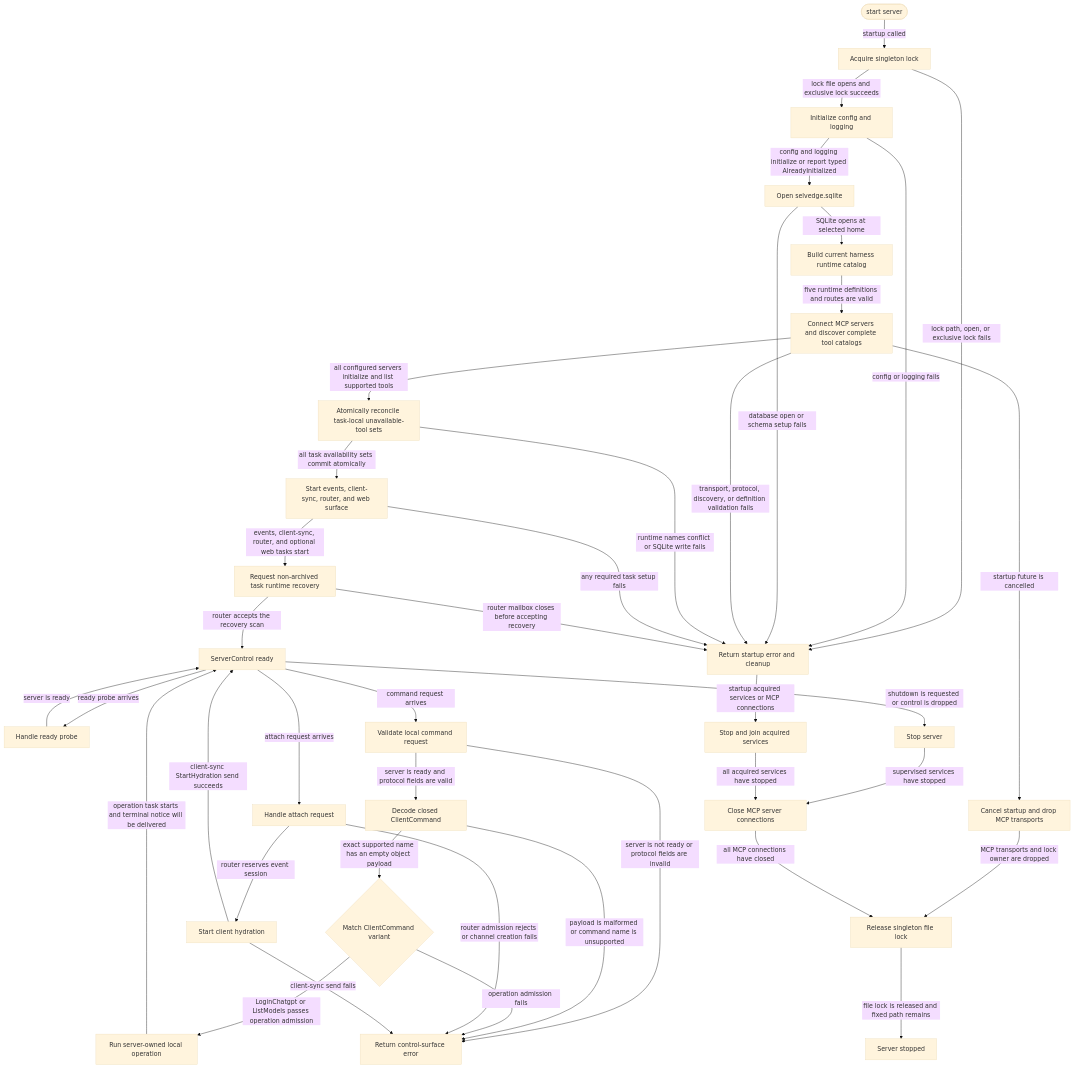
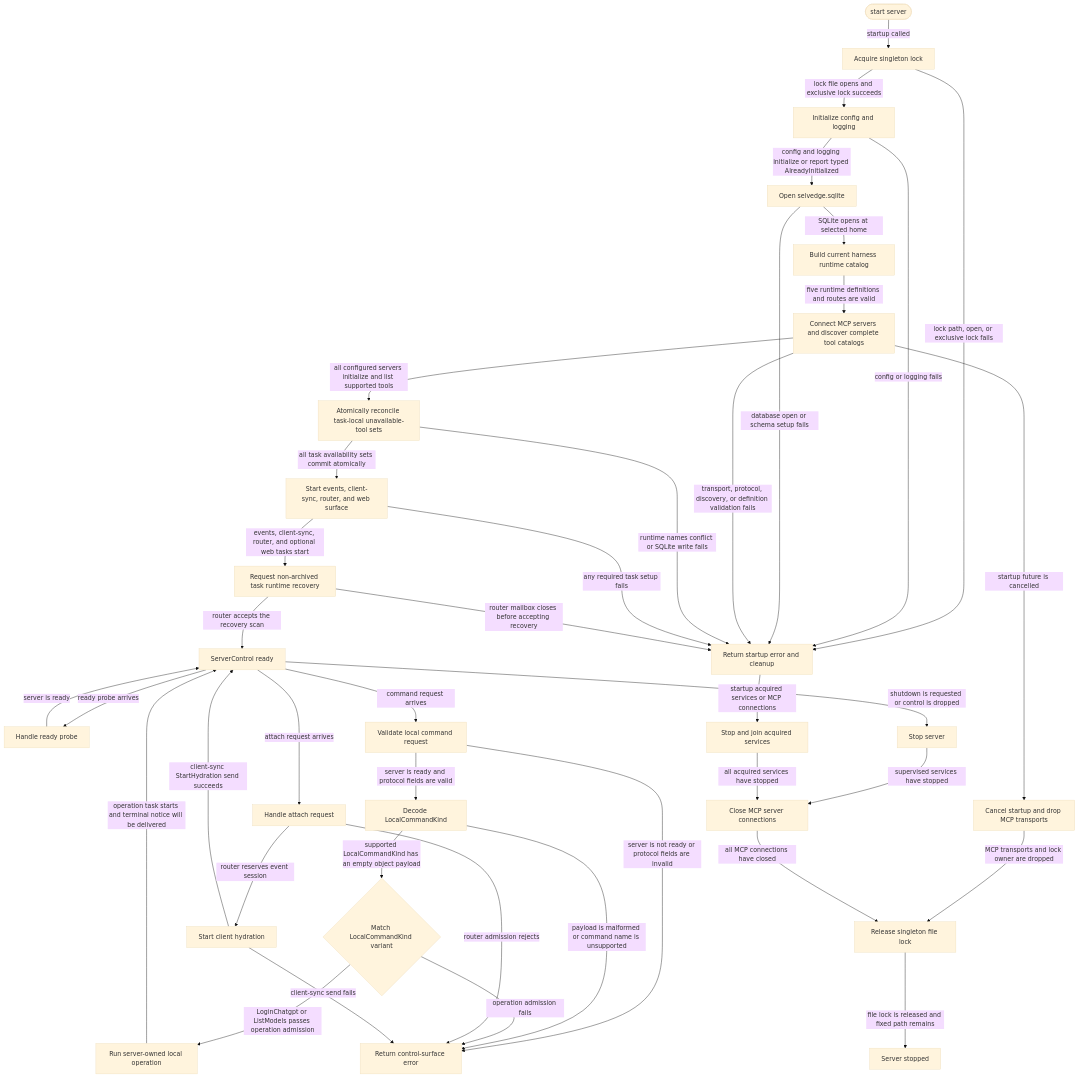
One commit to JiaJunDeng5930/Selvedge changed the diagram in crates/server/README.md. Above: the diagram before and after it, drawn with Mermaid (base theme). The commit also changed other lines of this file and 142 other files, not shown here.

````diff
--- a/crates/server/README.md
+++ b/crates/server/README.md
@@ -43,68 +43,68 @@
 ```mermaid
 flowchart TD
   Start([start server])
   Lock[Acquire singleton lock]
   InitConfig[Initialize config and logging]
   OpenDb[Open selvedge.sqlite]
   BuildHarness[Build current harness runtime catalog]
   DiscoverMcp[Connect MCP servers and discover complete tool catalogs]
   CancelStartup[Cancel startup and drop MCP transports]
   ReconcileTools[Atomically reconcile task-local unavailable-tool sets]
   SpawnServices[Start events, client-sync, router, and web surface]
   Recover[Request non-archived task runtime recovery]
   Ready[ServerControl ready]
   Probe[Handle ready probe]
   Submit[Validate local command request]
-  Decode[Decode closed ClientCommand]
-  Dispatch{Match ClientCommand variant}
+  Decode[Decode LocalCommandKind]
+  Dispatch{Match LocalCommandKind variant}
   LocalOperation[Run server-owned local operation]
   Attach[Handle attach request]
   Hydrate[Start client hydration]
   Stop[Stop server]
   RollbackServices[Stop and join acquired services]
   CloseMcp[Close MCP server connections]
   ReleaseLock[Release singleton file lock]
   StartupFailure[Return startup error and cleanup]
   RequestFailure[Return control-surface error]
   Stopped[Server stopped]
 
   Start -->|startup called| Lock
   Lock -->|lock file opens and exclusive lock succeeds| InitConfig
   Lock -->|lock path, open, or exclusive lock fails| StartupFailure
   InitConfig -->|config and logging initialize or report typed AlreadyInitialized| OpenDb
   InitConfig -->|config or logging fails| StartupFailure
   OpenDb -->|SQLite opens at selected home| BuildHarness
   OpenDb -->|database open or schema setup fails| StartupFailure
   BuildHarness -->|five runtime definitions and routes are valid| DiscoverMcp
   DiscoverMcp -->|all configured servers initialize and list supported tools| ReconcileTools
   DiscoverMcp -->|transport, protocol, discovery, or definition validation fails| StartupFailure
   DiscoverMcp -->|startup future is cancelled| CancelStartup
   ReconcileTools -->|all task availability sets commit atomically| SpawnServices
   ReconcileTools -->|runtime names conflict or SQLite write fails| StartupFailure
   SpawnServices -->|events, client-sync, router, and optional web tasks start| Recover
   SpawnServices -->|any required task setup fails| StartupFailure
   Recover -->|router accepts the recovery scan| Ready
   Recover -->|router mailbox closes before accepting recovery| StartupFailure
   Ready -->|ready probe arrives| Probe
   Probe -->|server is ready| Ready
   Ready -->|command request arrives| Submit
   Submit -->|server is ready and protocol fields are valid| Decode
   Submit -->|server is not ready or protocol fields are invalid| RequestFailure
-  Decode -->|exact supported name has an empty object payload| Dispatch
+  Decode -->|supported LocalCommandKind has an empty object payload| Dispatch
   Decode -->|payload is malformed or command name is unsupported| RequestFailure
   Dispatch -->|LoginChatgpt or ListModels passes operation admission| LocalOperation
   Dispatch -->|operation admission fails| RequestFailure
   LocalOperation -->|operation task starts and terminal notice will be delivered| Ready
   Ready -->|attach request arrives| Attach
   Attach -->|router reserves event session| Hydrate
-  Attach -->|router admission rejects or channel creation fails| RequestFailure
+  Attach -->|router admission rejects| RequestFailure
   Hydrate -->|client-sync StartHydration send succeeds| Ready
   Hydrate -->|client-sync send fails| RequestFailure
   Ready -->|shutdown is requested or control is dropped| Stop
   Stop -->|supervised services have stopped| CloseMcp
   StartupFailure -->|startup acquired services or MCP connections| RollbackServices
   CancelStartup -->|MCP transports and lock owner are dropped| ReleaseLock
   RollbackServices -->|all acquired services have stopped| CloseMcp
   CloseMcp -->|all MCP connections have closed| ReleaseLock
   ReleaseLock -->|file lock is released and fixed path remains| Stopped
 ```
````
